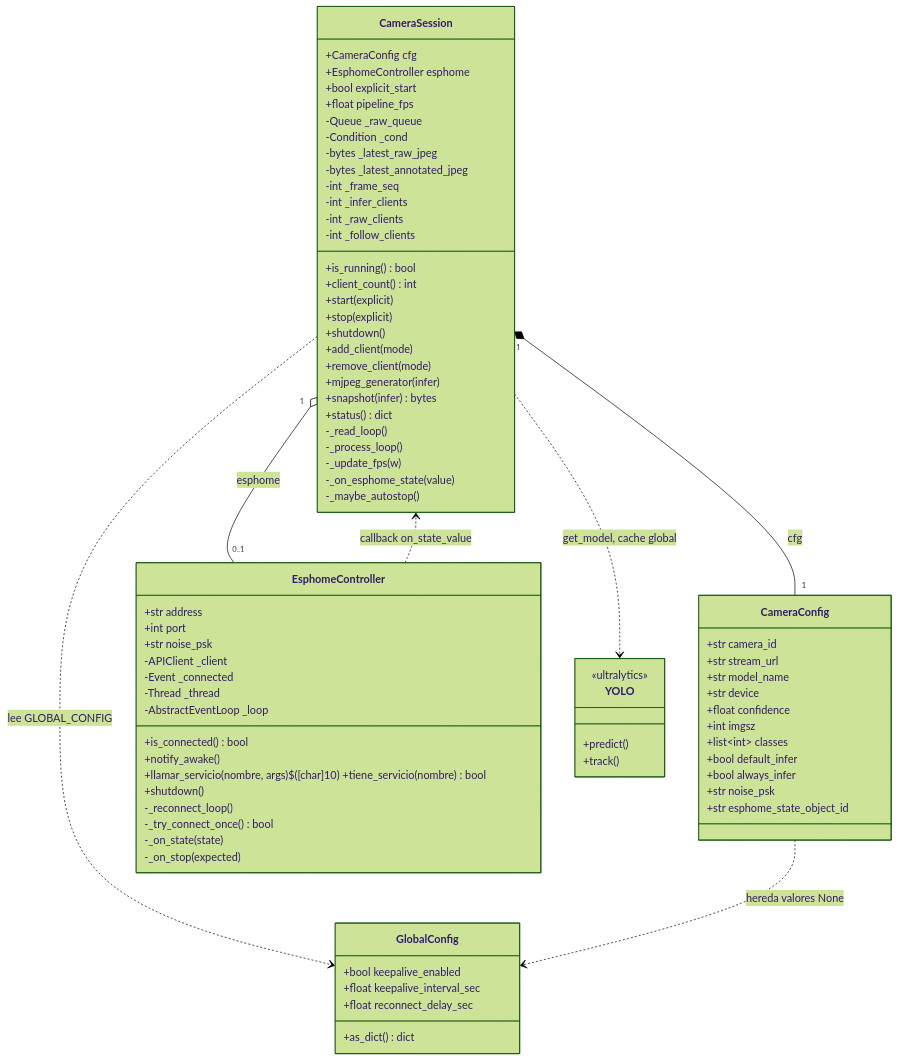
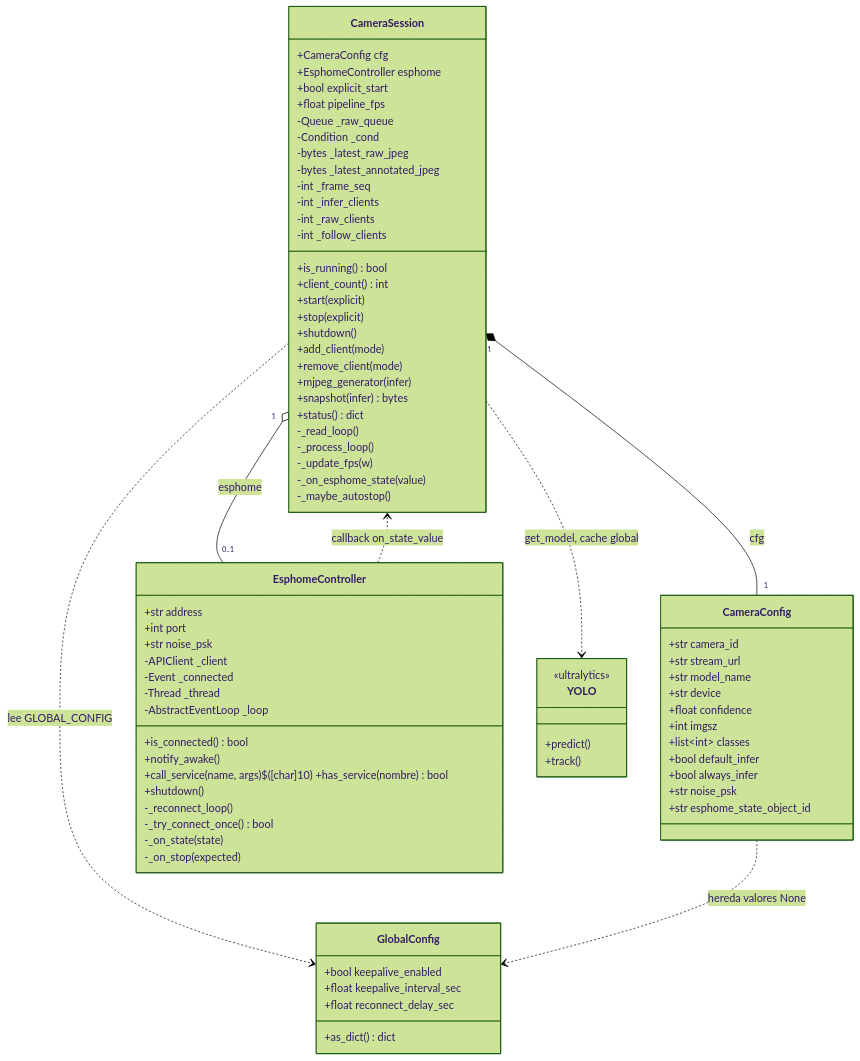
One commit to buho29/smart-sentry changed the first of 5 diagrams in detect/docs/ARQUITECTURA.md. Above: the diagram before and after it, drawn with Mermaid (forest theme). The commit also changed other lines of this file and 18 other files, not shown here.

```diff
--- a/detect/docs/ARQUITECTURA.md
+++ b/detect/docs/ARQUITECTURA.md
@@ -861,7 +868,7 @@
         -AbstractEventLoop _loop
         +is_connected() bool
         +notify_awake()
-        +llamar_servicio(nombre, args)$([char]10)        +tiene_servicio(nombre) bool
+        +call_service(name, args)$([char]10)        +has_service(nombre) bool
         +shutdown()
         -_reconnect_loop()
         -_try_connect_once() bool
```
